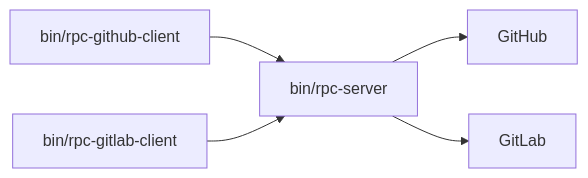
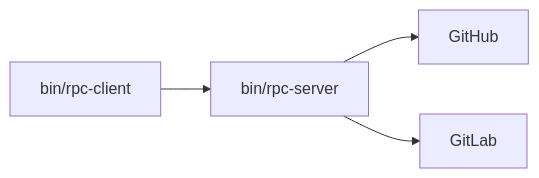
Before and after one commit to getsentry/scm-platform: the first of 2 diagrams in README.md, drawn with Mermaid. The commit also changed other lines of this file and 5 other files, not shown here.

````diff
--- a/README.md
+++ b/README.md
@@ -44,7 +44,6 @@
 ```mermaid
 flowchart LR
-    bin/rpc-github-client --> bin/rpc-server
-    bin/rpc-gitlab-client --> bin/rpc-server
+    bin/rpc-client --> bin/rpc-server
     bin/rpc-server --> GitHub
     bin/rpc-server --> GitLab
 ```
````
